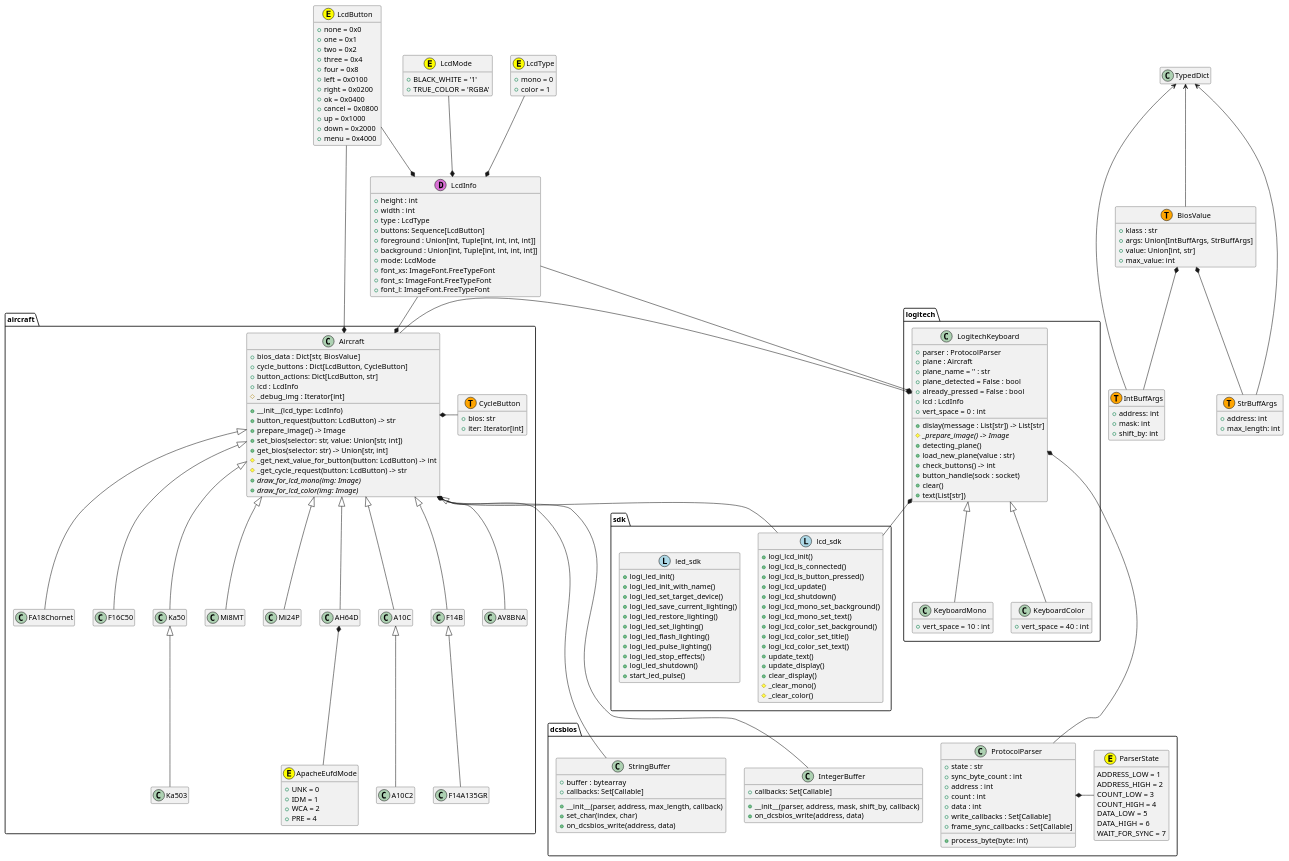
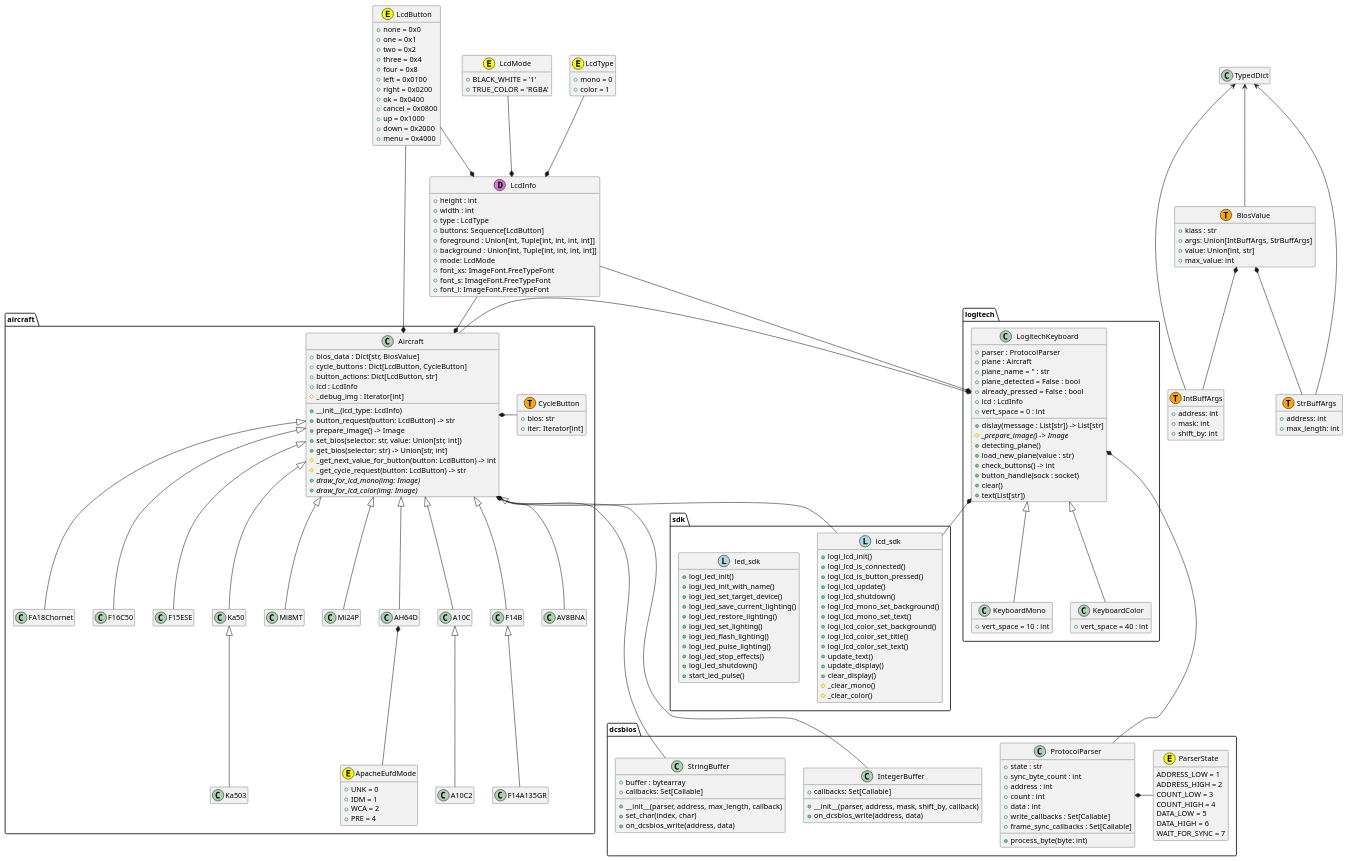
Before and after one commit to emcek/dcspy: the diagram in uml/classes.puml, drawn with PlantUML.

Commit message:
UML update

```diff
--- a/uml/classes.puml
+++ b/uml/classes.puml
@@ -72,6 +72,7 @@
 package aircraft {
     Aircraft <|-- FA18Chornet
     Aircraft <|-- F16C50
+    Aircraft <|-- F15ESE
     Aircraft <|-- Ka50
     Ka50 <|-- Ka503
     Aircraft <|-- Mi8MT
```
